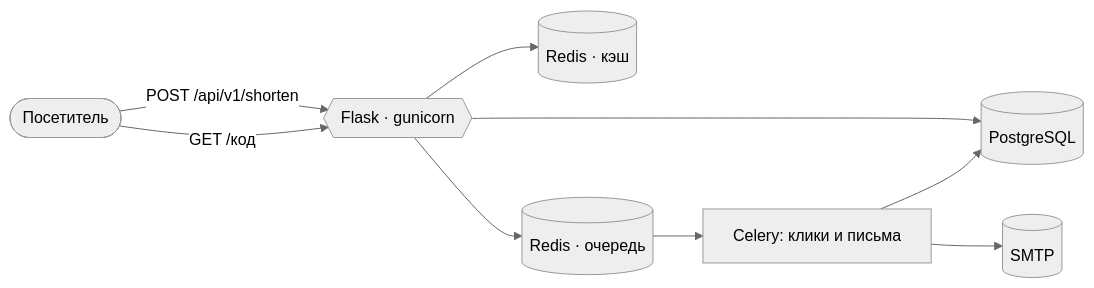
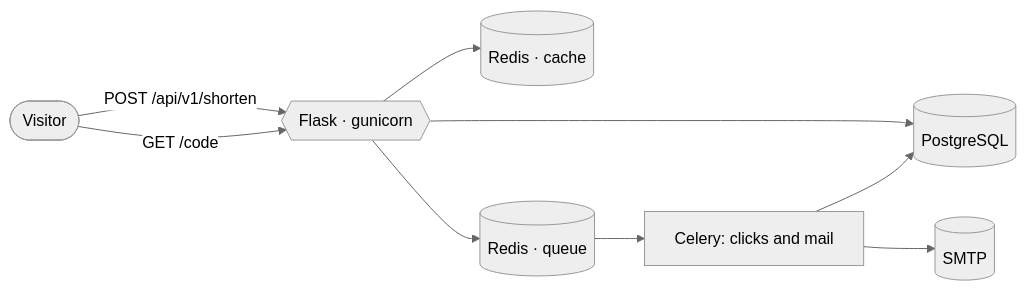
The diagram in README.md (IAMN1/link-shortener), drawn with Mermaid (neutral theme) before and after one commit. The commit also changed other lines of this file and 20 other files, not shown here.

````diff
--- a/README.md
+++ b/README.md
@@ -10,11 +112,11 @@
 ```mermaid
 flowchart LR
-    V([Посетитель]) -->|POST /api/v1/shorten| APP
-    V -->|GET /код| APP
+    V([Visitor]) -->|POST /api/v1/shorten| APP
+    V -->|GET /code| APP
     APP{{Flask · gunicorn}} --> PG[(PostgreSQL)]
-    APP --> RC[(Redis · кэш)]
-    APP --> BR[(Redis · очередь)]
-    BR --> CEL[Celery: клики и письма]
+    APP --> RC[(Redis · cache)]
+    APP --> BR[(Redis · queue)]
+    BR --> CEL[Celery: clicks and mail]
     CEL --> PG
     CEL --> SMTP[(SMTP)]
 ```
````
